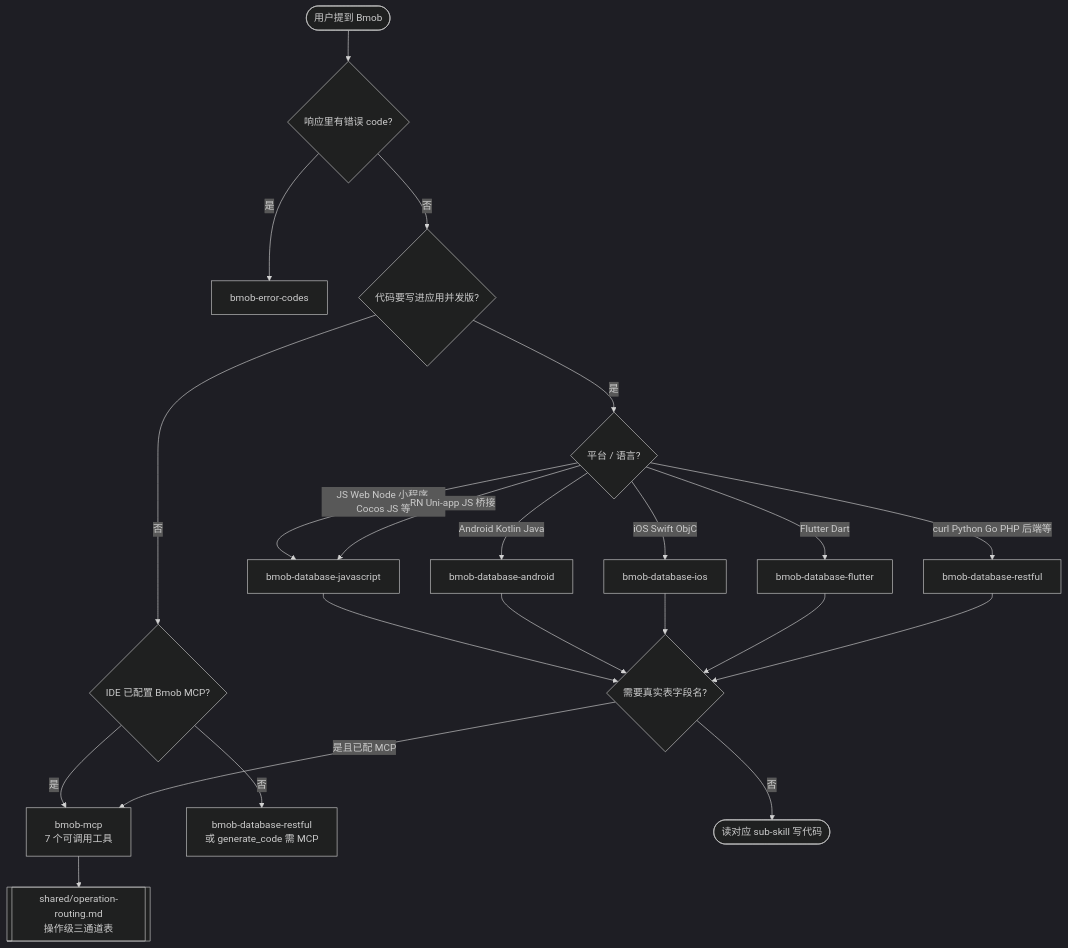
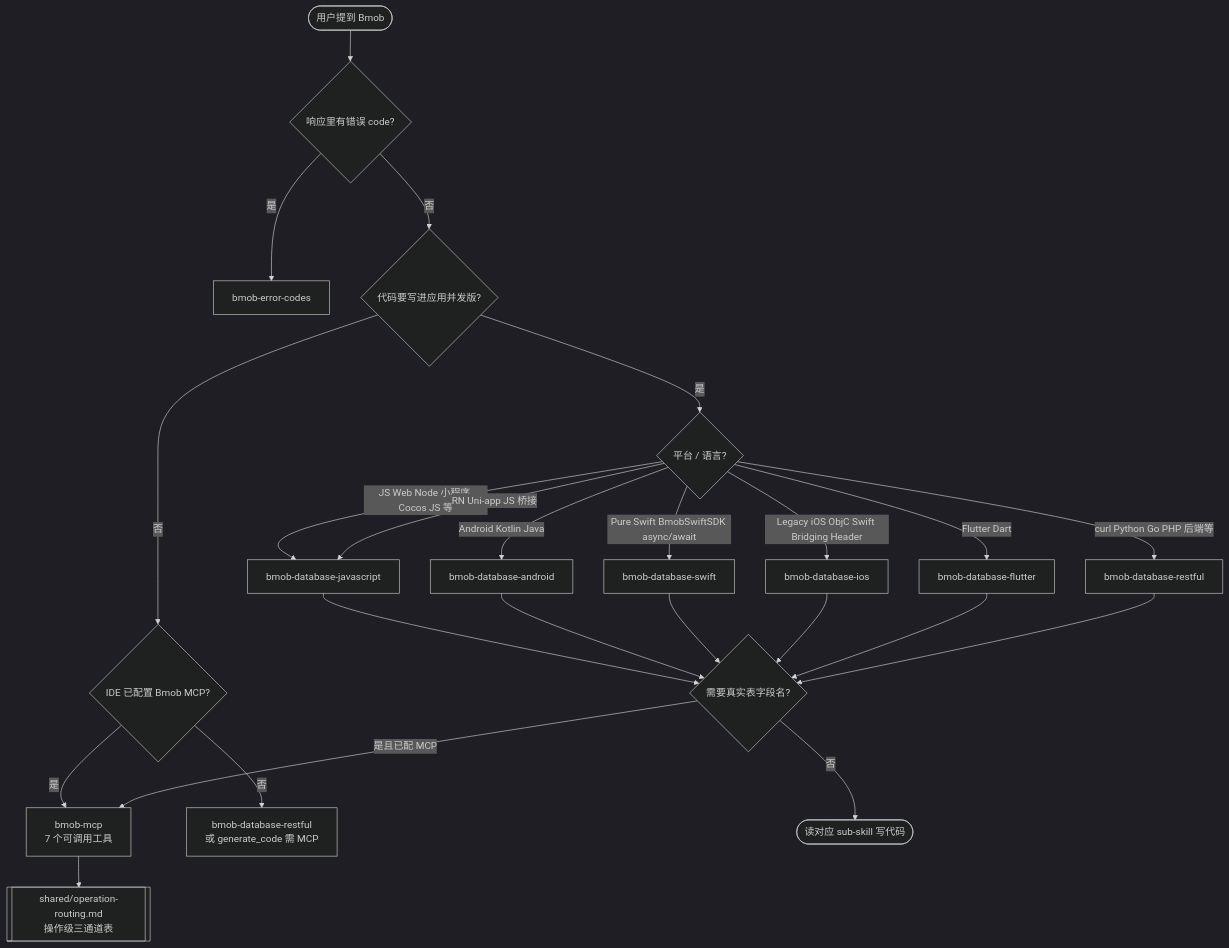
The first of 2 diagrams in skills/bmob/SKILL.md (bmob/agent-skills), drawn with Mermaid (dark theme) before and after one commit. The commit also changed other lines of this file and 79 other files, not shown here.

First line of the commit message:
feat: add pure Swift database skill

````diff
--- a/skills/bmob/SKILL.md
+++ b/skills/bmob/SKILL.md
@@ -42,24 +42,26 @@
 ```mermaid
 flowchart TD
     Start([用户提到 Bmob]) --> Err{响应里有错误 code?}
     Err -->|是| EC[bmob-error-codes]
     Err -->|否| Ship{代码要写进应用并发版?}
     Ship -->|否| McpCfg{IDE 已配置 Bmob MCP?}
     McpCfg -->|是| MCP[bmob-mcp<br/>7 个可调用工具]
     McpCfg -->|否| RestOnly[bmob-database-restful<br/>或 generate_code 需 MCP]
     Ship -->|是| Plat{平台 / 语言?}
     Plat -->|JS Web Node 小程序 Cocos JS 等| JS[bmob-database-javascript]
     Plat -->|Android Kotlin Java| AND[bmob-database-android]
-    Plat -->|iOS Swift ObjC| IOS[bmob-database-ios]
+    Plat -->|Pure Swift BmobSwiftSDK async/await| SWIFT[bmob-database-swift]
+    Plat -->|Legacy iOS ObjC Swift Bridging Header| IOS[bmob-database-ios]
     Plat -->|Flutter Dart| FLUT[bmob-database-flutter]
     Plat -->|curl Python Go PHP 后端等| REST[bmob-database-restful]
     Plat -->|RN Uni-app JS 桥接| JS
     JS --> Schema{需要真实表字段名?}
     AND --> Schema
+    SWIFT --> Schema
     IOS --> Schema
     FLUT --> Schema
     REST --> Schema
     Schema -->|是且已配 MCP| MCP
     Schema -->|否| Done([读对应 sub-skill 写代码])
     MCP --> OpTable[[shared/operation-routing.md<br/>操作级三通道表]]
 ```
````
